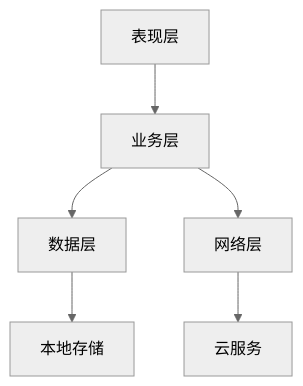
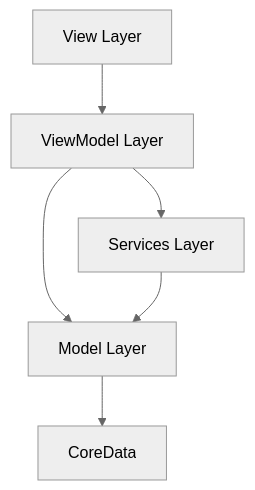
One commit to HS-Jack-YZY/SmartPlanner changed the first of 2 diagrams in SmartPlannerDoc/iteration_v1/tddV1.md. Above: the diagram before and after it, drawn with Mermaid (neutral theme). The commit also changed other lines of this file and 1 other file, not shown here.

````diff
--- a/SmartPlannerDoc/iteration_v1/tddV1.md
+++ b/SmartPlannerDoc/iteration_v1/tddV1.md
@@ -22,8 +23,8 @@
 ```mermaid
 graph TD
-    A[表现层] --> B[业务层]
-    B --> C[数据层]
-    B --> D[网络层]
-    C --> E[本地存储]
-    D --> F[云服务]
+    V[View Layer] --> VM[ViewModel Layer]
+    VM --> M[Model Layer]
+    VM --> S[Services Layer]
+    S --> M
+    M --> CD[CoreData]
 ```
````
